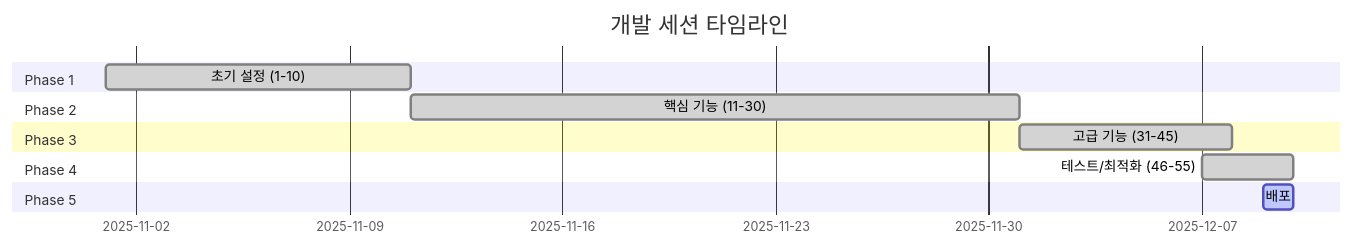
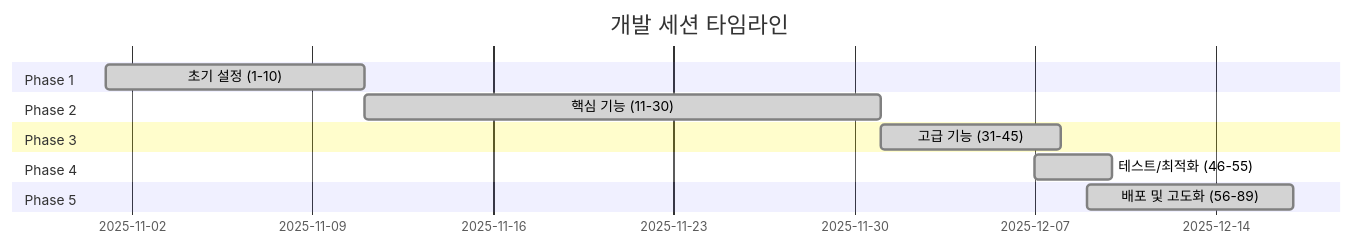
The first of 2 diagrams in docs/obsidian/Sessions/session-index.md (vibeolympics-crypto/vibe-olympics), drawn with Mermaid before and after one commit. The commit also changed other lines of this file and 5 other files, not shown here.

````diff
--- a/docs/obsidian/Sessions/session-index.md
+++ b/docs/obsidian/Sessions/session-index.md
@@ -12,15 +12,15 @@
 ```mermaid
 gantt
     title 개발 세션 타임라인
     dateFormat  YYYY-MM-DD
     section Phase 1
     초기 설정 (1-10)      :done, 2025-11-01, 10d
     section Phase 2
     핵심 기능 (11-30)     :done, 2025-11-11, 20d
     section Phase 3
     고급 기능 (31-45)     :done, 2025-12-01, 7d
     section Phase 4
     테스트/최적화 (46-55) :done, 2025-12-07, 3d
     section Phase 5
-    배포                  :active, 2025-12-09, 1d
+    배포 및 고도화 (56-89) :done, 2025-12-09, 8d
 ```
````
